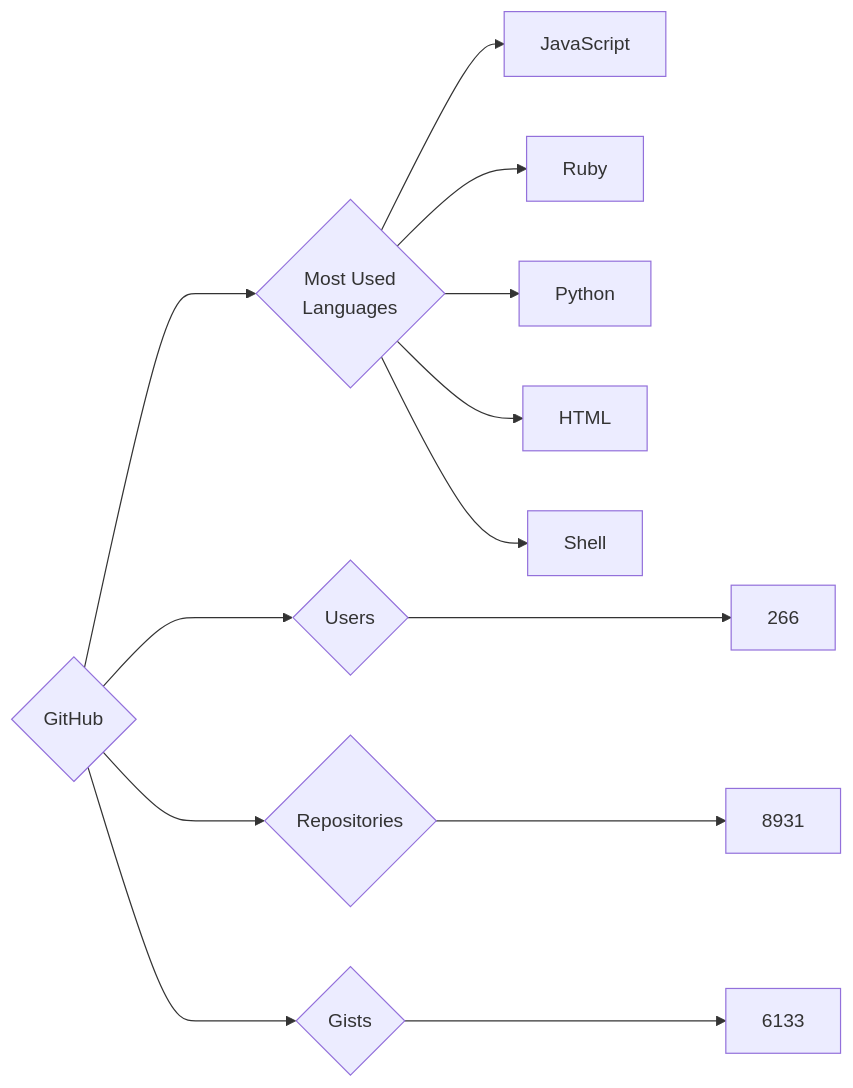
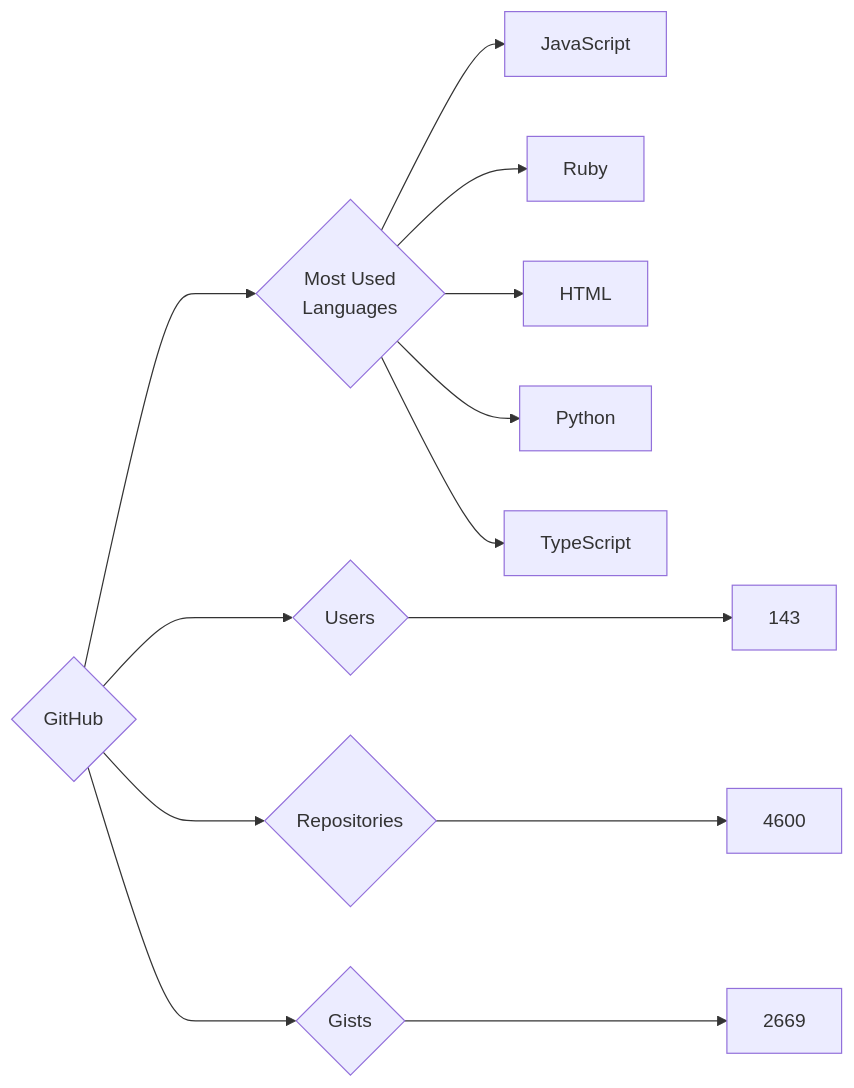
Before and after one commit to trickest/insiders: the diagram in targets/GitHub/README.md, drawn with Mermaid. The commit also changed 895 other files, not shown here.

````diff
--- a/targets/GitHub/README.md
+++ b/targets/GitHub/README.md
@@ -3,13 +3,13 @@
 ```mermaid
 graph LR
 COMPANY_NAME{GitHub}
-COMPANY_NAME ---> U{Users} ---> UN[266]
-COMPANY_NAME ---> R{Repositories} ---> RN[8931]
-COMPANY_NAME ---> G{Gists} ---> GN[6133]
+COMPANY_NAME ---> U{Users} ---> UN[143]
+COMPANY_NAME ---> R{Repositories} ---> RN[4600]
+COMPANY_NAME ---> G{Gists} ---> GN[2669]
 COMPANY_NAME ---> ML{Most Used<br>Languages}
 ML --> JavaScript[JavaScript]
 ML --> Ruby[Ruby]
+ML --> HTML[HTML]
 ML --> Python[Python]
-ML --> HTML[HTML]
-ML --> Shell[Shell]
+ML --> TypeScript[TypeScript]
 ```
````
